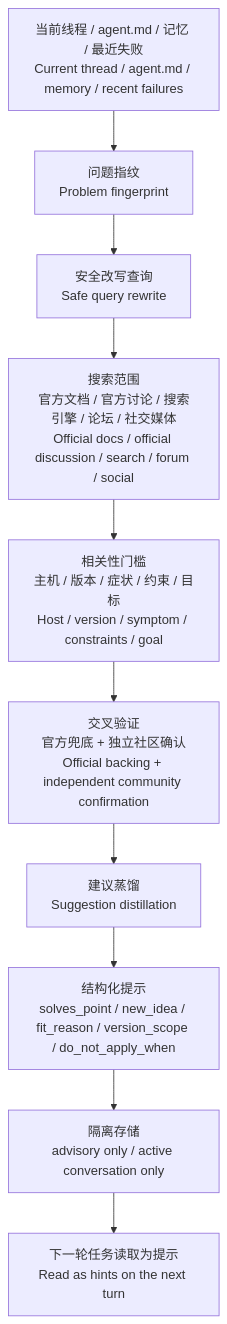
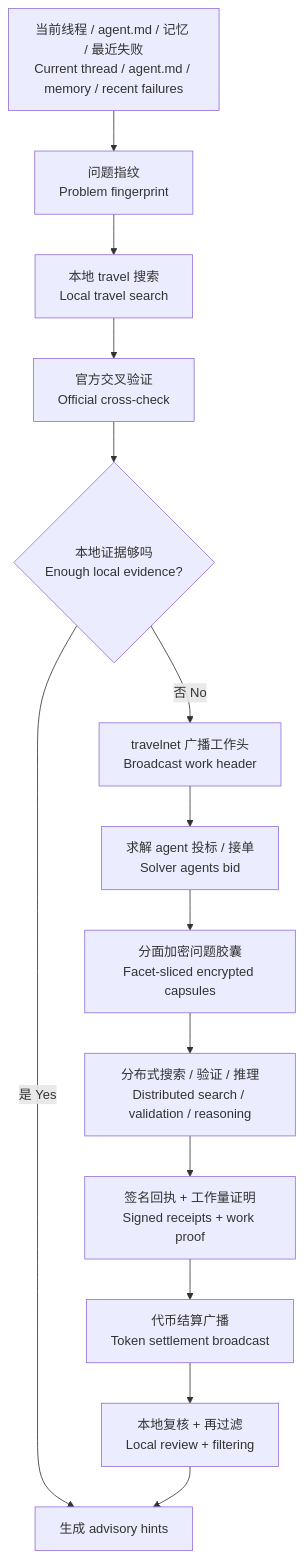
One commit to gongyu0918-debug/agent-compute-mesh changed the diagram in README.md. Above: the diagram before and after it, drawn with Mermaid. The commit also changed other lines of this file and 18 other files, not shown here.

````diff
--- a/README.md
+++ b/README.md
@@ -22,12 +22,16 @@
 ```mermaid
 flowchart TD
     A["当前线程 / agent.md / 记忆 / 最近失败<br/>Current thread / agent.md / memory / recent failures"] --> B["问题指纹<br/>Problem fingerprint"]
-    B --> C["安全改写查询<br/>Safe query rewrite"]
-    C --> D["搜索范围<br/>官方文档 / 官方讨论 / 搜索引擎 / 论坛 / 社交媒体<br/>Official docs / official discussion / search / forum / social"]
-    D --> E["相关性门槛<br/>主机 / 版本 / 症状 / 约束 / 目标<br/>Host / version / symptom / constraints / goal"]
-    E --> F["交叉验证<br/>官方兜底 + 独立社区确认<br/>Official backing + independent community confirmation"]
-    F --> G["建议蒸馏<br/>Suggestion distillation"]
-    G --> H["结构化提示<br/>solves_point / new_idea / fit_reason / version_scope / do_not_apply_when"]
-    H --> I["隔离存储<br/>advisory only / active conversation only"]
-    I --> J["下一轮任务读取为提示<br/>Read as hints on the next turn"]
+    B --> C["本地 travel 搜索<br/>Local travel search"]
+    C --> D["官方交叉验证<br/>Official cross-check"]
+    D --> E{"本地证据够吗<br/>Enough local evidence?"}
+    E -->|是 Yes| F["生成 advisory hints"]
+    E -->|否 No| G["travelnet 广播工作头<br/>Broadcast work header"]
+    G --> H["求解 agent 投标 / 接单<br/>Solver agents bid"]
+    H --> I["分面加密问题胶囊<br/>Facet-sliced encrypted capsules"]
+    I --> J["分布式搜索 / 验证 / 推理<br/>Distributed search / validation / reasoning"]
+    J --> K["签名回执 + 工作量证明<br/>Signed receipts + work proof"]
+    K --> L["代币结算广播<br/>Token settlement broadcast"]
+    L --> M["本地复核 + 再过滤<br/>Local review + filtering"]
+    M --> F["生成 advisory hints"]
 ```
````
